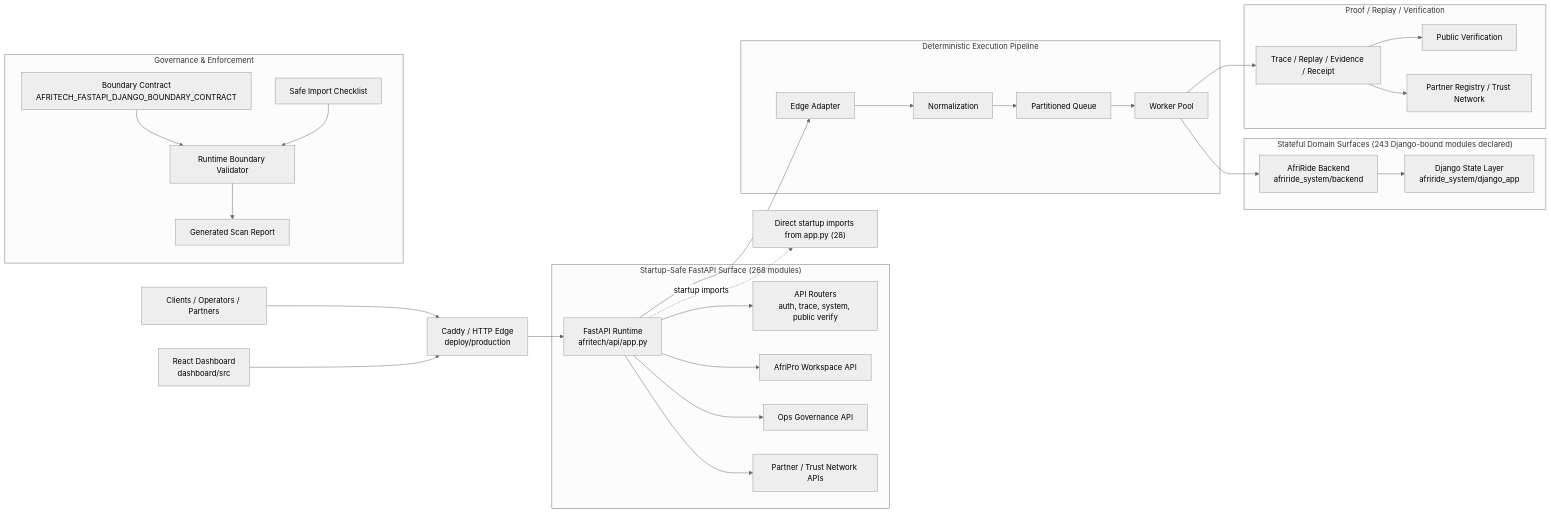
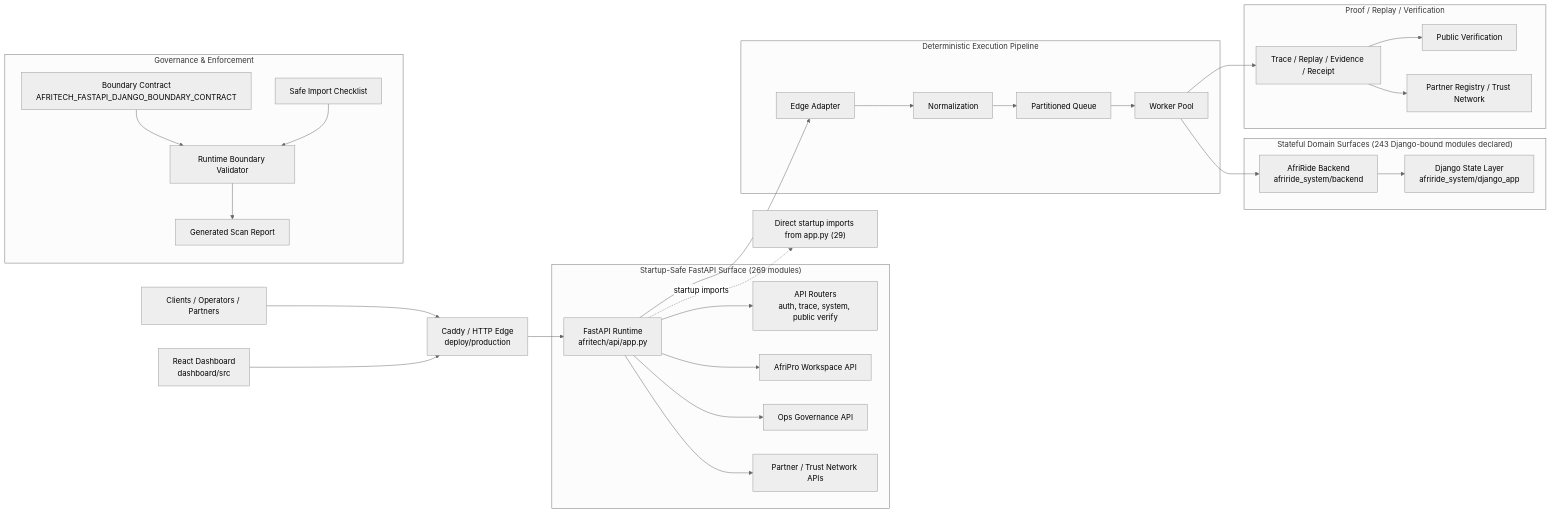
One commit to Strelly2023/afritelematics changed the first of 2 diagrams in docs/architecture/AFRITECH_FULL_ARCHITECTURE_GRAPH.md. Above: the diagram before and after it, drawn with Mermaid (neutral theme). The commit also changed other lines of this file and 10 other files, not shown here.

Commit message:
Full AfriRide operational system: endpoints + mobile flow + JS client compatibility

````diff
--- a/docs/architecture/AFRITECH_FULL_ARCHITECTURE_GRAPH.md
+++ b/docs/architecture/AFRITECH_FULL_ARCHITECTURE_GRAPH.md
@@ -22,39 +22,39 @@
 ```mermaid
 flowchart LR
     Client["Clients / Operators / Partners"] --> Edge["Caddy / HTTP Edge\ndeploy/production"]
     Dashboard["React Dashboard\ndashboard/src"] --> Edge
     Edge --> App["FastAPI Runtime\nafritech/api/app.py"]
 
-    subgraph FastAPI["Startup-Safe FastAPI Surface (268 modules)"]
+    subgraph FastAPI["Startup-Safe FastAPI Surface (269 modules)"]
         App --> Api["API Routers\nauth, trace, system, public verify"]
         App --> Workspace["AfriPro Workspace API"]
         App --> Governance["Ops Governance API"]
         App --> Trust["Partner / Trust Network APIs"]
     end
 
     subgraph Pipeline["Deterministic Execution Pipeline"]
         App --> Adapt["Edge Adapter"]
         Adapt --> Normalize["Normalization"]
         Normalize --> Queue["Partitioned Queue"]
         Queue --> Worker["Worker Pool"]
     end
 
     subgraph State["Stateful Domain Surfaces (243 Django-bound modules declared)"]
         Worker --> Domain["AfriRide Backend\nafriride_system/backend"]
         Domain --> Django["Django State Layer\nafriride_system/django_app"]
     end
 
     subgraph Proof["Proof / Replay / Verification"]
         Worker --> Trace["Trace / Replay / Evidence / Receipt"]
         Trace --> Public["Public Verification"]
         Trace --> Registry["Partner Registry / Trust Network"]
     end
 
     subgraph GovernancePlane["Governance & Enforcement"]
         Contract["Boundary Contract\nAFRITECH_FASTAPI_DJANGO_BOUNDARY_CONTRACT"] --> Validator["Runtime Boundary Validator"]
         Checklist["Safe Import Checklist"] --> Validator
         Validator --> Review["Generated Scan Report"]
     end
 
-    App -. startup imports .-> Imports["Direct startup imports from app.py (28)"]
+    App -. startup imports .-> Imports["Direct startup imports from app.py (29)"]
 ```
````
